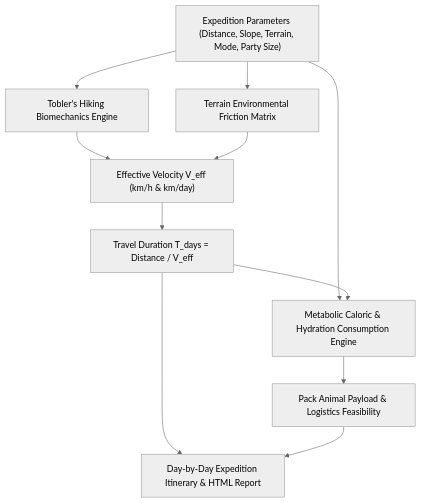
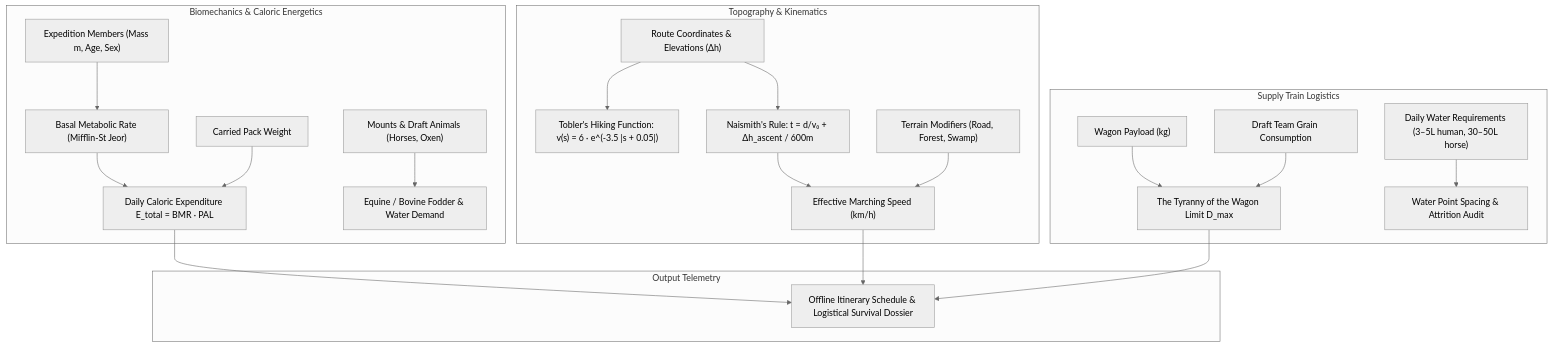
The diagram in docs/JOURNEY.md (aryansinghnagar/Ars-Arcanum), drawn with Mermaid (neutral theme) before and after one commit. The commit also changed other lines of this file and 239 other files, not shown here.

First line of the commit message:
feat(v5.0.0): streamline to 47 deterministic engines, zero-pip architecture, and encyclopedic craft references

````diff
--- a/docs/JOURNEY.md
+++ b/docs/JOURNEY.md
@@ -21,13 +18,23 @@
 ```mermaid
 flowchart TD
-    Inputs["Expedition Parameters (Distance, Slope, Terrain, Mode, Party Size)"] --> Tobler["Tobler's Hiking Biomechanics Engine"]
-    Inputs --> Friction["Terrain Environmental Friction Matrix"]
-    
-    Tobler & Friction --> Velocity["Effective Velocity V_eff (km/h & km/day)"]
-    Velocity --> Duration["Travel Duration T_days = Distance / V_eff"]
-    
-    Inputs & Duration --> Metabolic["Metabolic Caloric & Hydration Consumption Engine"]
-    Metabolic --> Capacity["Pack Animal Payload & Logistics Feasibility"]
-    
-    Duration & Capacity --> Itinerary["Day-by-Day Expedition Itinerary & HTML Report"]
+    subgraph Biomechanics & Caloric Energetics
+        Crew["Expedition Members (Mass m, Age, Sex)"] --> BMR["Basal Metabolic Rate (Mifflin-St Jeor)"]
+        BMR & Pack["Carried Pack Weight"] --> DailyBurn["Daily Caloric Expenditure E_total = BMR · PAL"]
+        Mounts["Mounts & Draft Animals (Horses, Oxen)"] --> AnimalBurn["Equine / Bovine Fodder & Water Demand"]
+    end
+
+    subgraph Topography & Kinematics
+        Waypoints["Route Coordinates & Elevations (Δh)"] --> Tobler["Tobler's Hiking Function: v(s) = 6 · e^(-3.5 |s + 0.05|)"]
+        Waypoints --> Naismith["Naismith's Rule: t = d/v₀ + Δh_ascent / 600m"]
+        Naismith & TerrainMod["Terrain Modifiers (Road, Forest, Swamp)"] --> EffectivePace["Effective Marching Speed (km/h)"]
+    end
+
+    subgraph Supply Train Logistics
+        Payload["Wagon Payload (kg)"] & DraftHorses["Draft Team Grain Consumption"] --> TyrannyWagon["The Tyranny of the Wagon Limit D_max"]
+        Water["Daily Water Requirements (3–5L human, 30–50L horse)"] --> DehydrationRisk["Water Point Spacing & Attrition Audit"]
+    end
+
+    subgraph Output Telemetry
+        DailyBurn & EffectivePace & TyrannyWagon --> ExpeditionReport["Offline Itinerary Schedule & Logistical Survival Dossier"]
+    end
 ```
````
